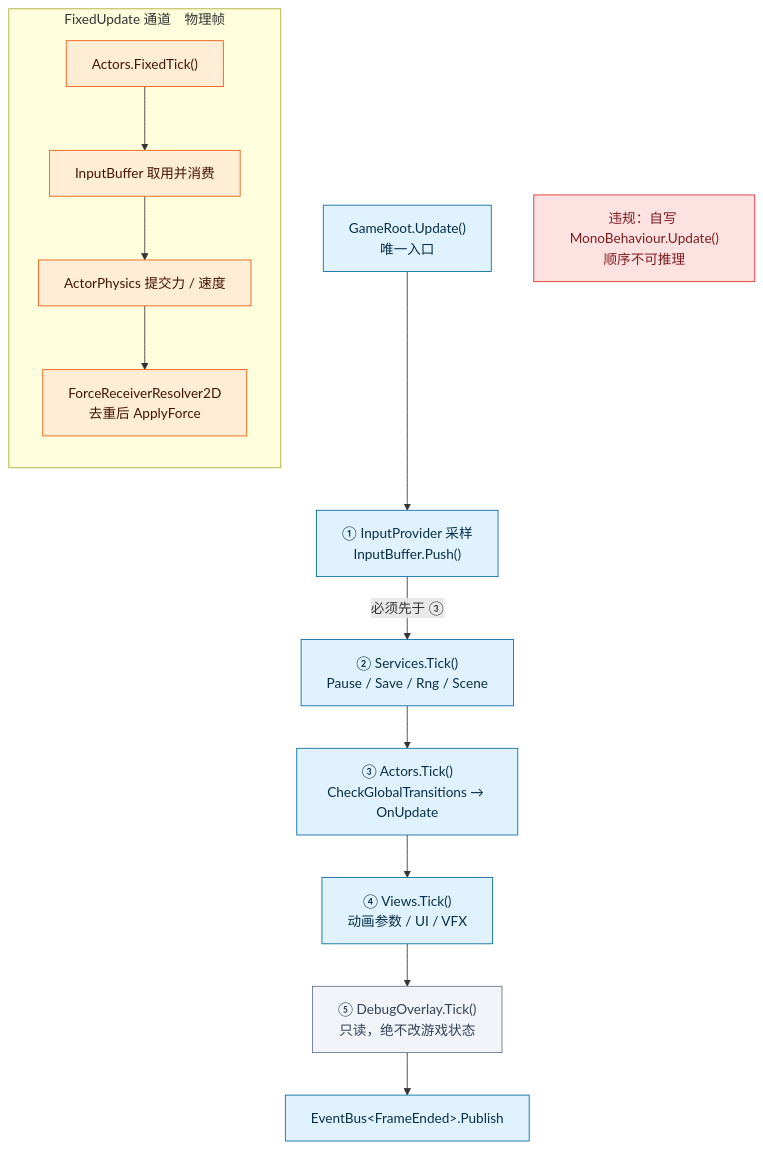
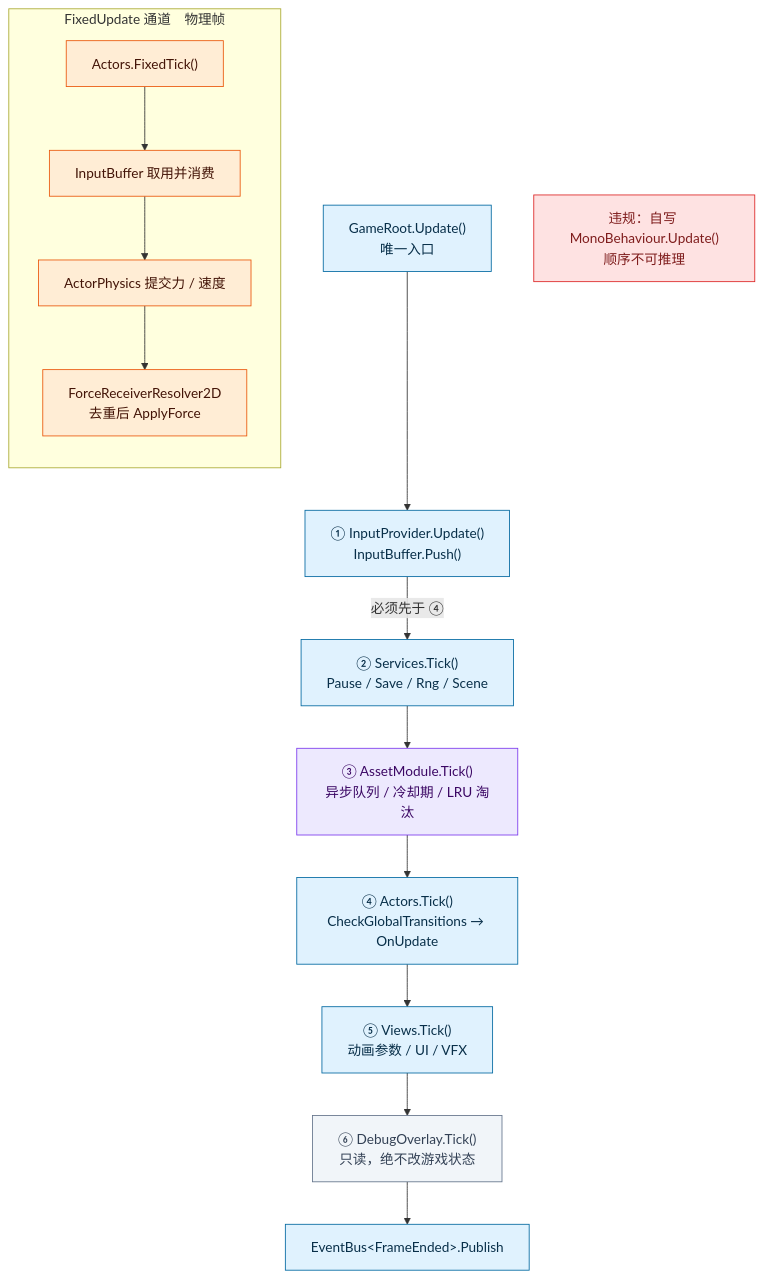
One commit to 5FYZhou/deepseaoil changed the second of 8 diagrams in Docs/框架设计/框架蓝图.md. Above: the diagram before and after it, drawn with Mermaid. The commit also changed other lines of this file and 7 other files, not shown here.

First line of the commit message:
docs(framework): 蓝图并入 Data 层与总览，重写程序集/目录节

````diff
--- a/Docs/框架设计/框架蓝图.md
+++ b/Docs/框架设计/框架蓝图.md
@@ -80,40 +172,44 @@
 ```mermaid
 flowchart TD
   Root["GameRoot.Update()<br/>唯一入口"]
-  S1["① InputProvider 采样<br/>InputBuffer.Push()"]
+  S1["① InputProvider.Update()<br/>InputBuffer.Push()"]
   S2["② Services.Tick()<br/>Pause / Save / Rng / Scene"]
-  S3["③ Actors.Tick()<br/>CheckGlobalTransitions → OnUpdate"]
-  S4["④ Views.Tick()<br/>动画参数 / UI / VFX"]
-  S5["⑤ DebugOverlay.Tick()<br/>只读，绝不改游戏状态"]
+  S3["③ AssetModule.Tick()<br/>异步队列 / 冷却期 / LRU 淘汰"]
+  S4["④ Actors.Tick()<br/>CheckGlobalTransitions → OnUpdate"]
+  S5["⑤ Views.Tick()<br/>动画参数 / UI / VFX"]
+  S6["⑥ DebugOverlay.Tick()<br/>只读，绝不改游戏状态"]
   End["EventBus&lt;FrameEnded&gt;.Publish"]
 
   subgraph Fixed["FixedUpdate 通道　物理帧"]
     direction TB
     FX["Actors.FixedTick()"]
     FXA["InputBuffer 取用并消费"]
     FXB["ActorPhysics 提交力 / 速度"]
     FXC["ForceReceiverResolver2D<br/>去重后 ApplyForce"]
     FX --> FXA
     FXA --> FXB
     FXB --> FXC
   end
 
   Bad["违规：自写 MonoBehaviour.Update()<br/>顺序不可推理"]
 
   Root --> S1
-  S1 -->|"必须先于 ③"| S2
+  S1 -->|"必须先于 ④"| S2
   S2 --> S3
   S3 --> S4
   S4 --> S5
-  S5 --> End
+  S5 --> S6
+  S6 --> End
 
   classDef runtime fill:#e0f2fe,stroke:#0369a1,color:#082f49
+  classDef data fill:#ede9fe,stroke:#7c3aed,color:#3b0764
   classDef noop fill:#f1f5f9,stroke:#64748b,color:#334155
   classDef fixed fill:#ffedd5,stroke:#ea580c,color:#431407
   classDef warn fill:#fee2e2,stroke:#dc2626,color:#7f1d1d
 
-  class Root,S1,S2,S3,S4,End runtime
-  class S5 noop
+  class Root,S1,S2,S4,S5,End runtime
+  class S3 data
+  class S6 noop
   class FX,FXA,FXB,FXC fixed
   class Bad warn
 ```
````
